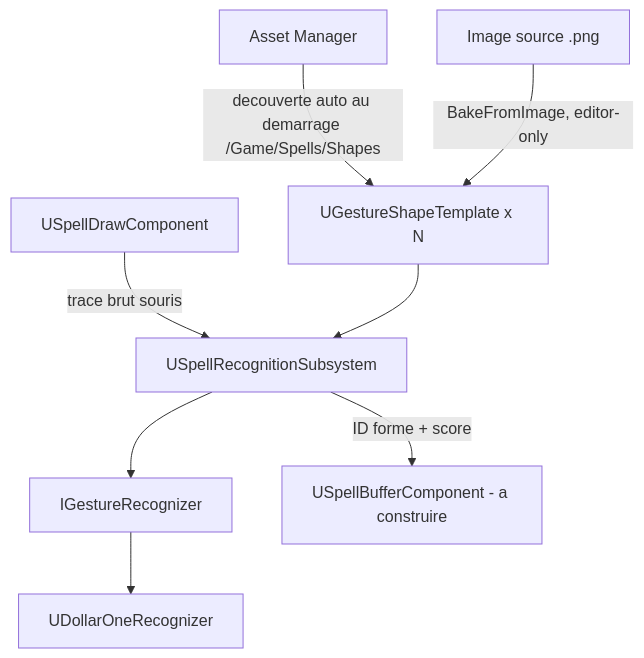
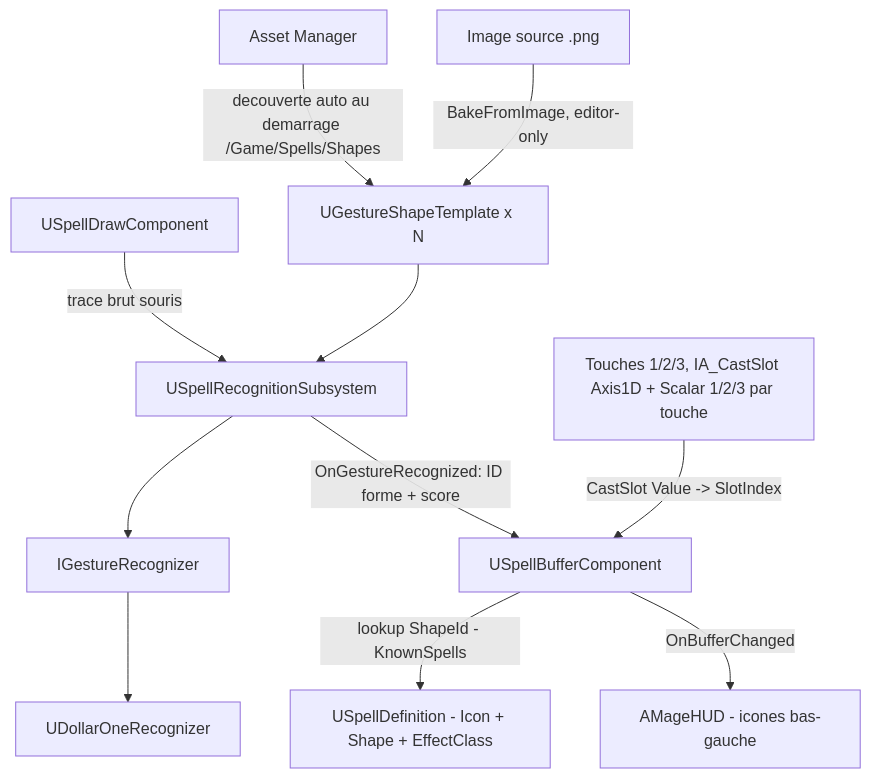
The second of 2 diagrams in README.md (Pompote/Mage), drawn with Mermaid before and after one commit. The commit also changed other lines of this file and 21 other files, not shown here.

First line of the commit message:
Add spell buffer: preparation, storage, and cast via keys 1/2/3

````diff
--- a/README.md
+++ b/README.md
@@ -278,10 +278,13 @@
 ```mermaid
 flowchart TD
     A[USpellDrawComponent] -->|trace brut souris| B[USpellRecognitionSubsystem]
     B --> C[IGestureRecognizer]
     C --> D[UDollarOneRecognizer]
     E[Asset Manager] -->|decouverte auto au demarrage /Game/Spells/Shapes| F[UGestureShapeTemplate x N]
     F --> B
     G[Image source .png] -->|BakeFromImage, editor-only| F
-    B -->|ID forme + score| H[USpellBufferComponent - a construire]
+    B -->|OnGestureRecognized: ID forme + score| H[USpellBufferComponent]
+    H -->|lookup ShapeId - KnownSpells| I[USpellDefinition - Icon + Shape + EffectClass]
+    H -->|OnBufferChanged| J[AMageHUD - icones bas-gauche]
+    K[Touches 1/2/3, IA_CastSlot Axis1D + Scalar 1/2/3 par touche] -->|CastSlot Value -> SlotIndex| H
 ```
````
